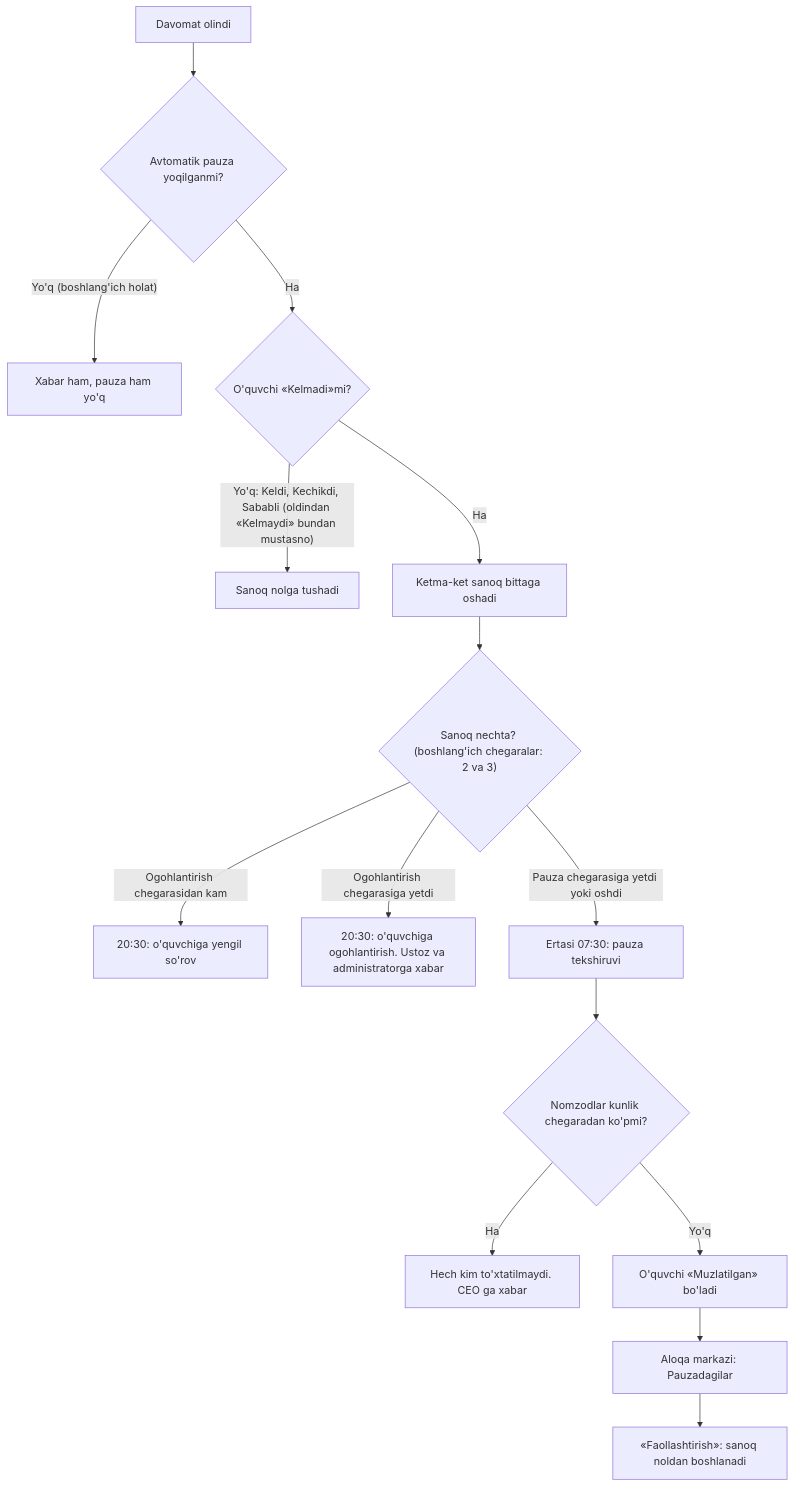
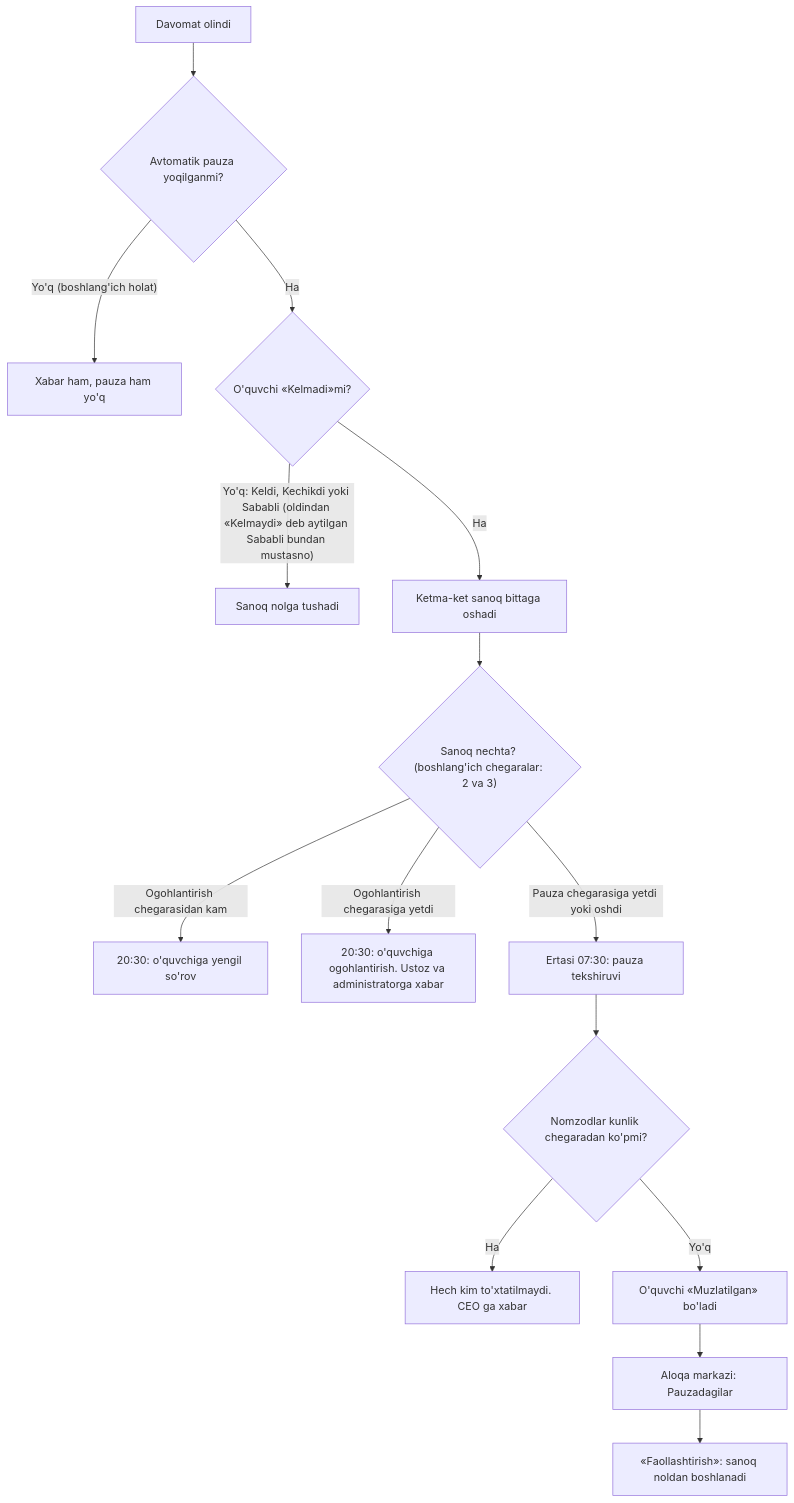
Before and after one commit to AkhrorSoliev/daf-erp-system: the diagram in client/src/qollanma/kontent/davomat/avtomatik-pauza.mdx, drawn with Mermaid. The commit also changed other lines of this file and 1 other file, not shown here.

Commit message:
docs(qollanma): davomat — pauza istisnosi faqat Sababli ga

````diff
--- a/client/src/qollanma/kontent/davomat/avtomatik-pauza.mdx
+++ b/client/src/qollanma/kontent/davomat/avtomatik-pauza.mdx
@@ -5,17 +5,17 @@
 ```mermaid
 flowchart TD
   A["Davomat olindi"] --> S{"Avtomatik pauza yoqilganmi?"}
   S -- "Yo'q (boshlang'ich holat)" --> S0["Xabar ham, pauza ham yo'q"]
   S -- "Ha" --> B{"O'quvchi «Kelmadi»mi?"}
-  B -- "Yo'q: Keldi, Kechikdi, Sababli (oldindan «Kelmaydi» bundan mustasno)" --> C["Sanoq nolga tushadi"]
+  B -- "Yo'q: Keldi, Kechikdi yoki Sababli (oldindan «Kelmaydi» deb aytilgan Sababli bundan mustasno)" --> C["Sanoq nolga tushadi"]
   B -- "Ha" --> D["Ketma-ket sanoq bittaga oshadi"]
   D --> E{"Sanoq nechta? (boshlang'ich chegaralar: 2 va 3)"}
   E -- "Ogohlantirish chegarasidan kam" --> F["20:30: o'quvchiga yengil so'rov"]
   E -- "Ogohlantirish chegarasiga yetdi" --> G["20:30: o'quvchiga ogohlantirish. Ustoz va administratorga xabar"]
   E -- "Pauza chegarasiga yetdi yoki oshdi" --> H["Ertasi 07:30: pauza tekshiruvi"]
   H --> I{"Nomzodlar kunlik chegaradan ko'pmi?"}
   I -- "Ha" --> J["Hech kim to'xtatilmaydi. CEO ga xabar"]
   I -- "Yo'q" --> K["O'quvchi «Muzlatilgan» bo'ladi"]
   K --> L["Aloqa markazi: Pauzadagilar"]
   L --> M["«Faollashtirish»: sanoq noldan boshlanadi"]
 ```
````
